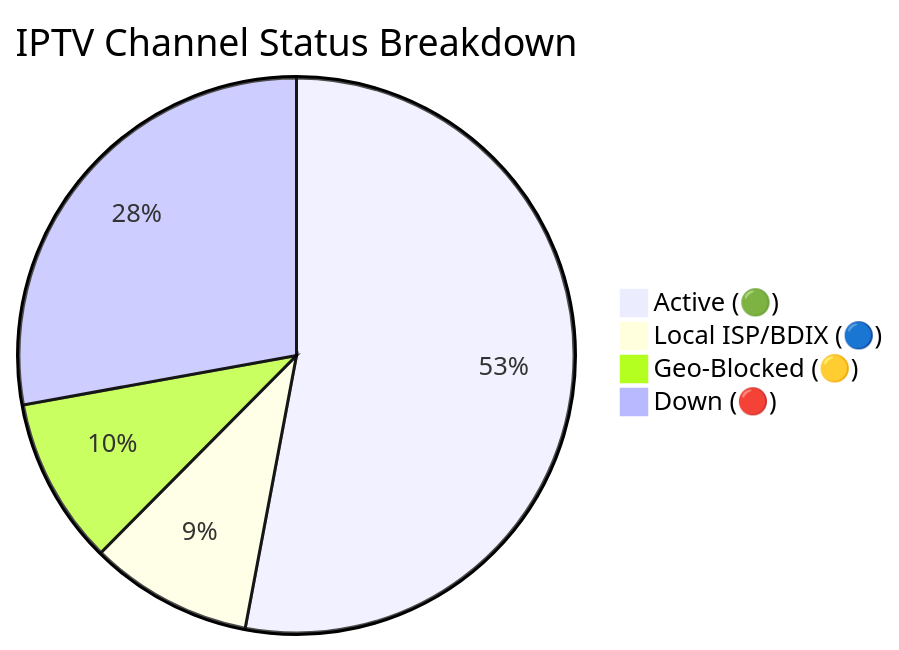
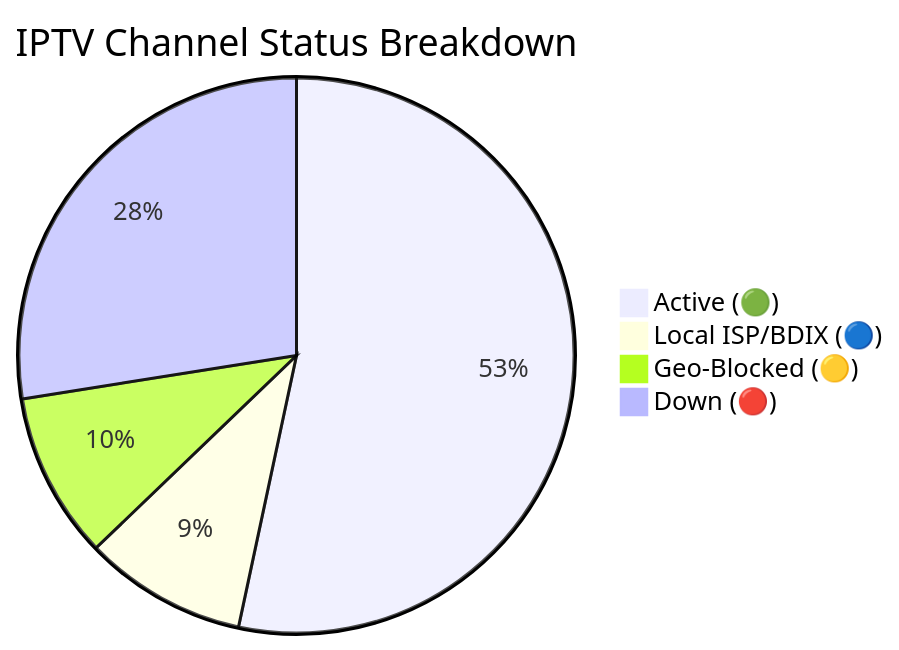
The diagram in README.md (f6388600-ai/Web), drawn with Mermaid before and after one commit. The commit also changed other lines of this file and 6 other files, not shown here.

````diff
--- a/README.md
+++ b/README.md
@@ -149,7 +149,7 @@
 ```mermaid
 pie title IPTV Channel Status Breakdown
-    "Active (🟢)" : 9079
+    "Active (🟢)" : 9143
     "Local ISP/BDIX (🔵)" : 1624
-    "Geo-Blocked (🟡)" : 1666
-    "Down (🔴)" : 4774
+    "Geo-Blocked (🟡)" : 1658
+    "Down (🔴)" : 4713
 ```
````
